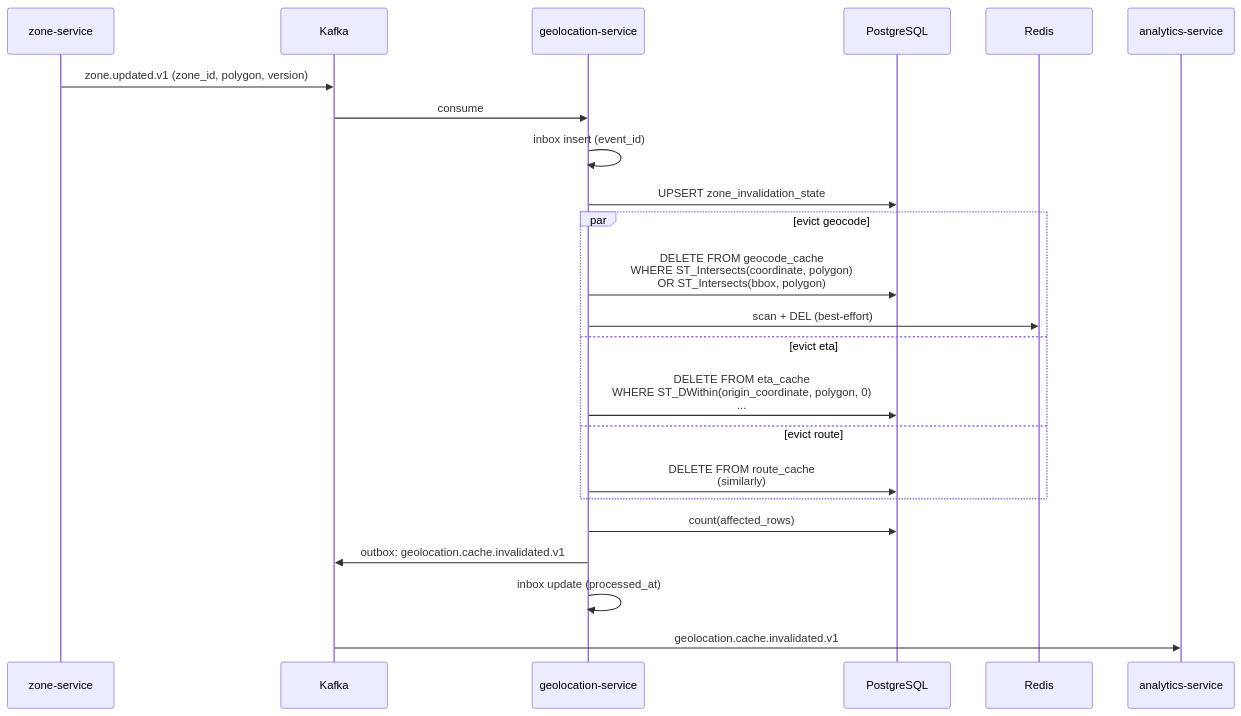
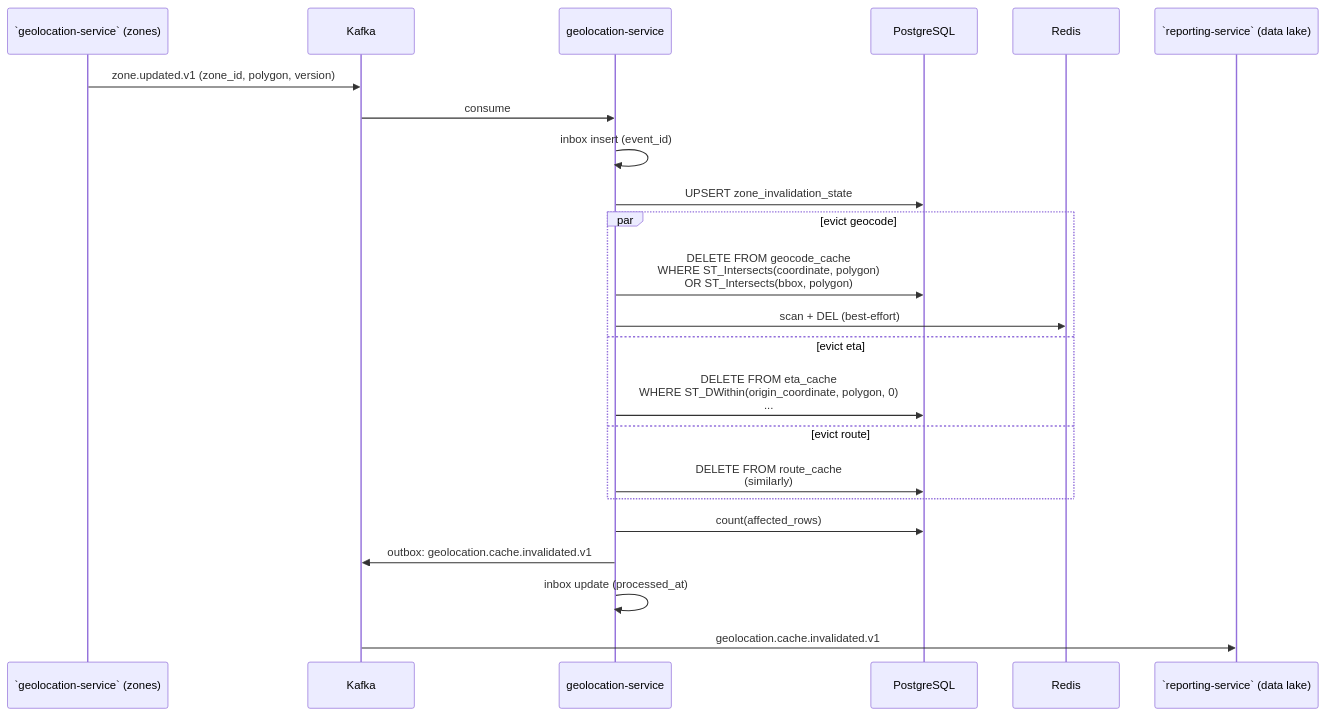
One commit to mohamedhabibwork/trips-enjoy-docs changed the third of 17 diagrams in docs/services/geolocation-service/WORKFLOWS.md. Above: the diagram before and after it, drawn with Mermaid. The commit also changed other lines of this file and 525 other files, not shown here.

````diff
--- a/docs/services/geolocation-service/WORKFLOWS.md
+++ b/docs/services/geolocation-service/WORKFLOWS.md
@@ -183,26 +183,26 @@
 ```mermaid
 sequenceDiagram
-    participant Z as zone-service
+    participant Z as `geolocation-service` (zones)
     participant K as Kafka
     participant G as geolocation-service
     participant DB as PostgreSQL
     participant R as Redis
-    participant AN as analytics-service
+    participant AN as `reporting-service` (data lake)
 
     Z->>K: zone.updated.v1 (zone_id, polygon, version)
     K->>G: consume
     G->>G: inbox insert (event_id)
     G->>DB: UPSERT zone_invalidation_state
     par evict geocode
         G->>DB: DELETE FROM geocode_cache<br/>WHERE ST_Intersects(coordinate, polygon)<br/>OR ST_Intersects(bbox, polygon)
         G->>R: scan + DEL (best-effort)
     and evict eta
         G->>DB: DELETE FROM eta_cache<br/>WHERE ST_DWithin(origin_coordinate, polygon, 0)<br/>...
     and evict route
         G->>DB: DELETE FROM route_cache<br/>(similarly)
     end
     G->>DB: count(affected_rows)
     G->>K: outbox: geolocation.cache.invalidated.v1
     G->>G: inbox update (processed_at)
     K->>AN: geolocation.cache.invalidated.v1
 ```
````
